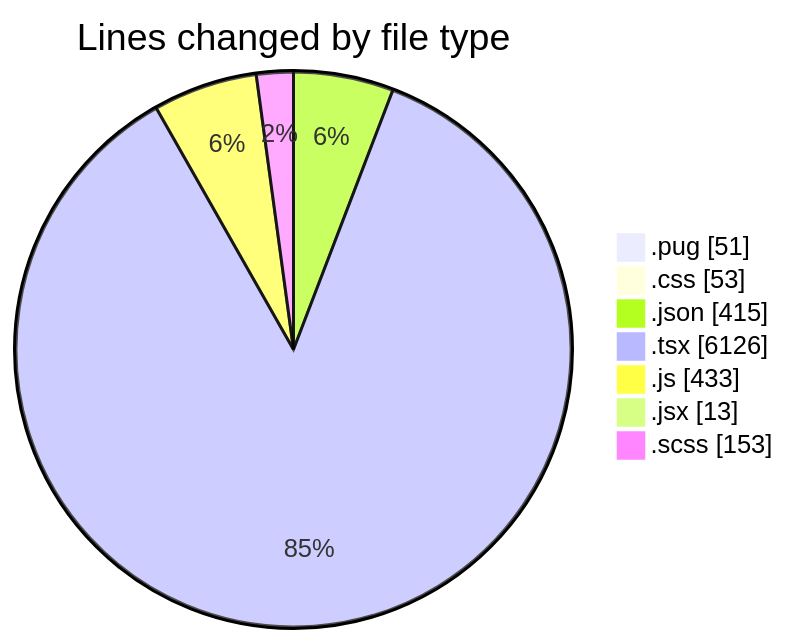
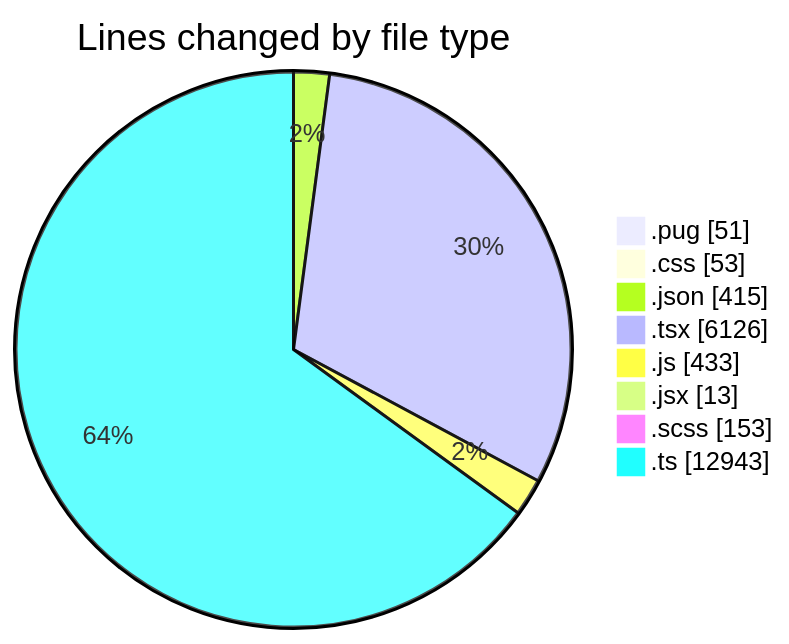
The first of 2 diagrams in 2025-11-06/cda/README.md (momahboobian/code-tracking), drawn with Mermaid before and after one commit. The commit also changed other lines of this file and 1 other file, not shown here.

````diff
--- a/2025-11-06/cda/README.md
+++ b/2025-11-06/cda/README.md
@@ -41,11 +44,12 @@
 ```mermaid
 pie showData
 title Lines changed by file type
 ".pug" : 51
 ".css" : 53
 ".json" : 415
 ".tsx" : 6126
 ".js" : 433
 ".jsx" : 13
 ".scss" : 153
+".ts" : 12943
 ```
````
